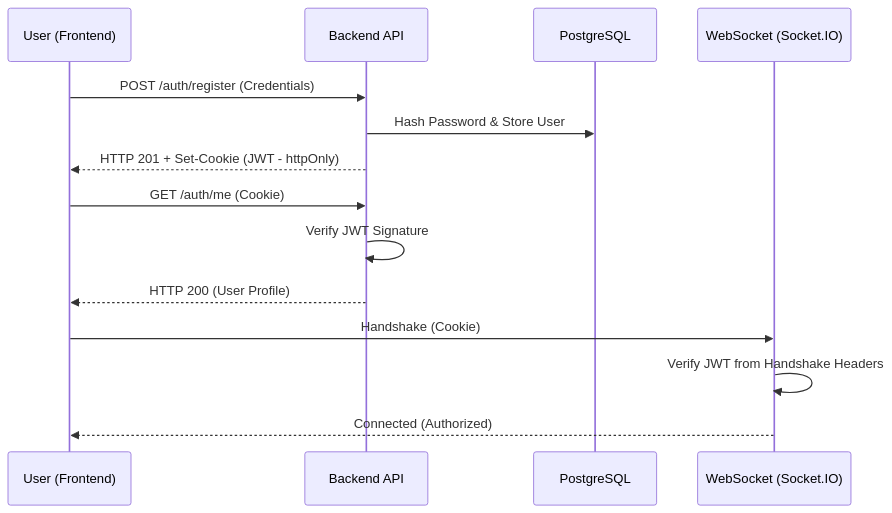
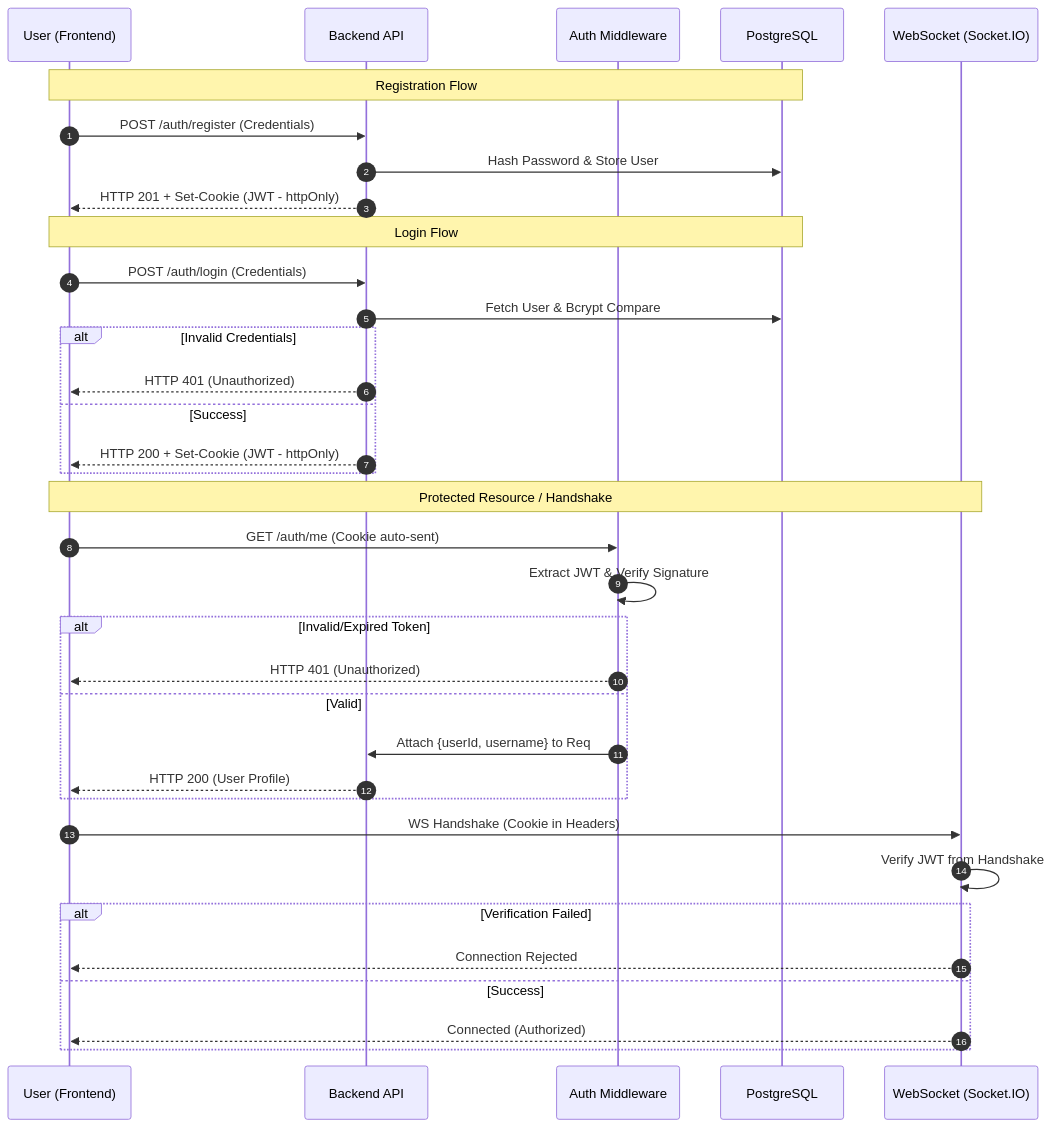
Before and after one commit to o1-spec/SocketChat: the diagram in AUTH_ARCH.md, drawn with Mermaid. The commit also changed other lines of this file, not shown here.

Commit message:
added systemn architecture fix

````diff
--- a/AUTH_ARCH.md
+++ b/AUTH_ARCH.md
@@ -7,19 +7,41 @@
 ```mermaid
 sequenceDiagram
+    autonumber
     participant U as User (Frontend)
     participant B as Backend API
+    participant M as Auth Middleware
     participant D as PostgreSQL
     participant S as WebSocket (Socket.IO)
 
+    Note over U, D: Registration Flow
     U->>B: POST /auth/register (Credentials)
     B->>D: Hash Password & Store User
     B-->>U: HTTP 201 + Set-Cookie (JWT - httpOnly)
-    
-    U->>B: GET /auth/me (Cookie)
-    B->>B: Verify JWT Signature
-    B-->>U: HTTP 200 (User Profile)
-    
-    U->>S: Handshake (Cookie)
-    S->>S: Verify JWT from Handshake Headers
-    S-->>U: Connected (Authorized)
+
+    Note over U, D: Login Flow
+    U->>B: POST /auth/login (Credentials)
+    B->>D: Fetch User & Bcrypt Compare
+    alt Invalid Credentials
+        B-->>U: HTTP 401 (Unauthorized)
+    else Success
+        B-->>U: HTTP 200 + Set-Cookie (JWT - httpOnly)
+    end
+
+    Note over U, S: Protected Resource / Handshake
+    U->>M: GET /auth/me (Cookie auto-sent)
+    M->>M: Extract JWT & Verify Signature
+    alt Invalid/Expired Token
+        M-->>U: HTTP 401 (Unauthorized)
+    else Valid
+        M->>B: Attach {userId, username} to Req
+        B-->>U: HTTP 200 (User Profile)
+    end
+
+    U->>S: WS Handshake (Cookie in Headers)
+    S->>S: Verify JWT from Handshake
+    alt Verification Failed
+        S-->>U: Connection Rejected
+    else Success
+        S-->>U: Connected (Authorized)
+    end
 ```
````
